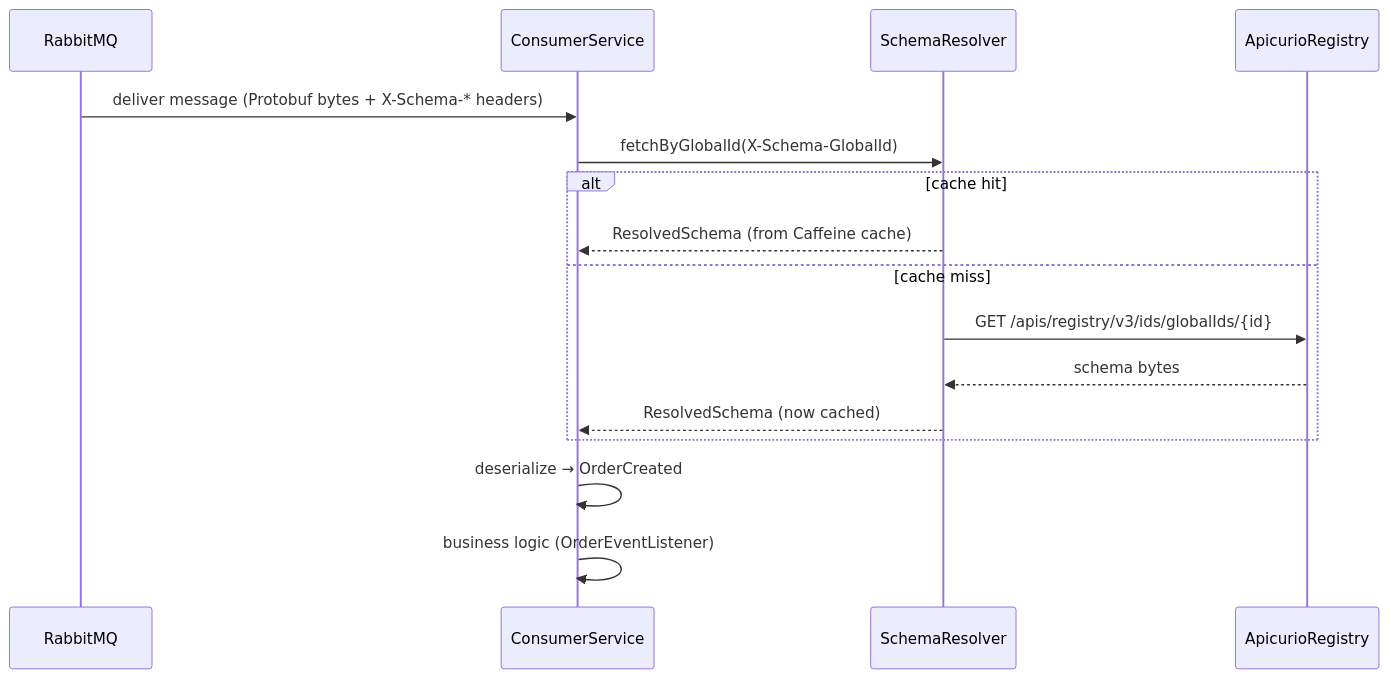
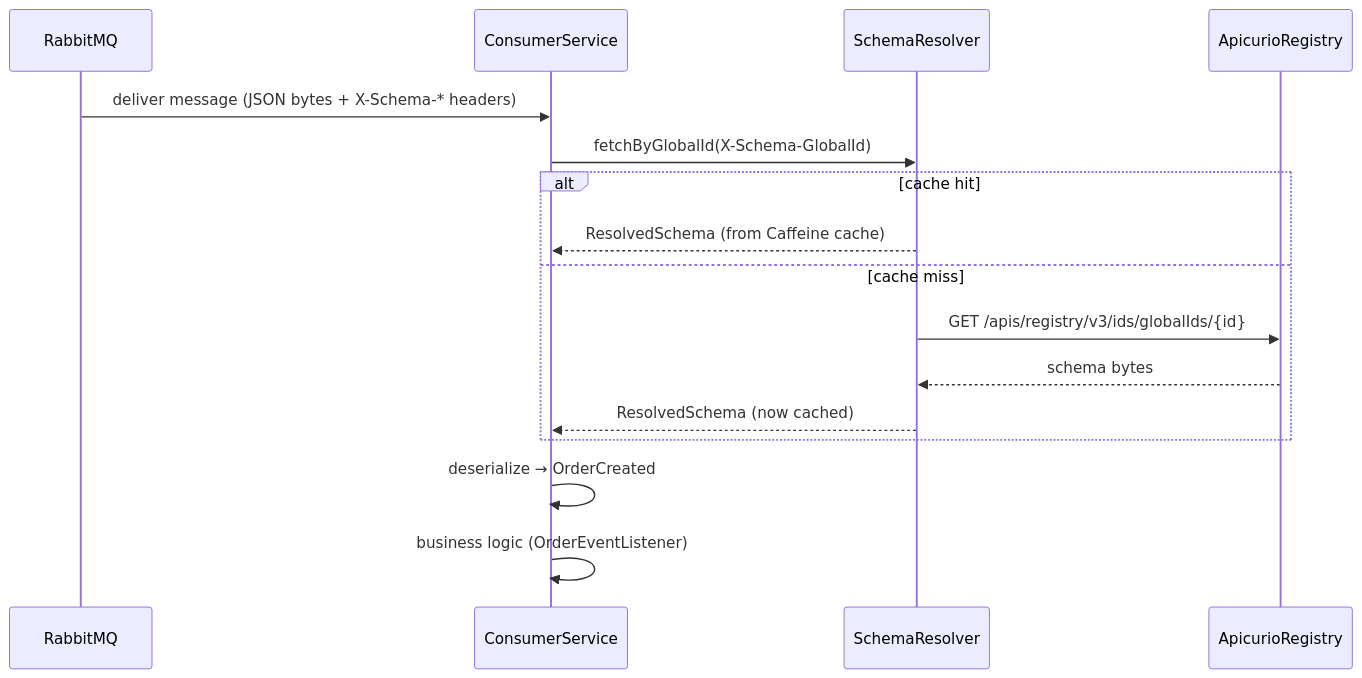
One commit to anarefin/schema-registry-demo changed the second of 4 diagrams in README.md. Above: the diagram before and after it, drawn with Mermaid. The commit also changed other lines of this file and 20 other files, not shown here.

First line of the commit message:
Update docs and CI workflows for the JSON Schema-only refactor

````diff
--- a/README.md
+++ b/README.md
@@ -213,19 +213,19 @@
 ```mermaid
 sequenceDiagram
     participant MQ as RabbitMQ
     participant CS as ConsumerService
     participant R as SchemaResolver
     participant A as ApicurioRegistry
 
-    MQ->>CS: deliver message (Protobuf bytes + X-Schema-* headers)
+    MQ->>CS: deliver message (JSON bytes + X-Schema-* headers)
     CS->>R: fetchByGlobalId(X-Schema-GlobalId)
     alt cache hit
         R-->>CS: ResolvedSchema (from Caffeine cache)
     else cache miss
         R->>A: GET /apis/registry/v3/ids/globalIds/{id}
         A-->>R: schema bytes
         R-->>CS: ResolvedSchema (now cached)
     end
     CS->>CS: deserialize → OrderCreated
     CS->>CS: business logic (OrderEventListener)
 ```
````
